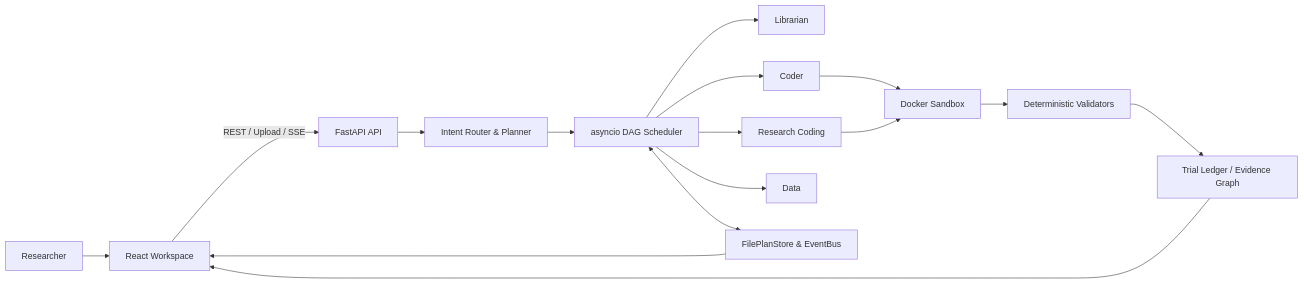
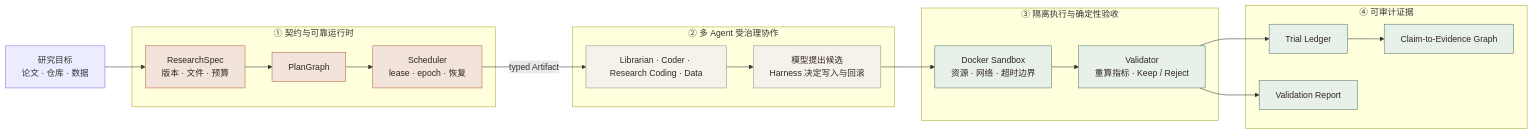
One commit to tutudouzi12/ReproPilot changed the diagram in README.md. Above: the diagram before and after it, drawn with Mermaid. The commit also changed other lines of this file and 2 other files, not shown here.

First line of the commit message:
优化中文 README 与动图展示 (#8)

````diff
--- a/README.md
+++ b/README.md
@@ -51,21 +69,40 @@
 ```mermaid
 flowchart LR
-    U[Researcher] --> W[React Workspace]
-    W -->|REST / Upload / SSE| API[FastAPI API]
-    API --> P[Intent Router & Planner]
-    P --> S[asyncio DAG Scheduler]
+    U[研究目标<br/>论文 · 仓库 · 数据] --> RS
 
-    S --> L[Librarian]
-    S --> C[Coder]
-    S --> R[Research Coding]
-    S --> D[Data]
+    subgraph A[① 契约与可靠运行时]
+        RS[ResearchSpec<br/>版本 · 文件 · 预算] --> PG[PlanGraph]
+        PG --> SCH[Scheduler<br/>lease · epoch · 恢复]
+    end
 
-    C --> X[Docker Sandbox]
-    R --> X
-    X --> V[Deterministic Validators]
-    V --> E[Trial Ledger / Evidence Graph]
+    subgraph B[② 多 Agent 受治理协作]
+        AG[Librarian · Coder · Research Coding · Data]
+        RC[模型提出候选<br/>Harness 决定写入与回滚]
+        AG --> RC
+    end
 
-    S <--> ST[FilePlanStore & EventBus]
-    ST --> W
-    E --> W
+    subgraph C[③ 隔离执行与确定性验收]
+        SB[Docker Sandbox<br/>资源 · 网络 · 超时边界]
+        VA[Validator<br/>重算指标 · Keep / Reject]
+        SB --> VA
+    end
+
+    subgraph D[④ 可审计证据]
+        TL[Trial Ledger]
+        VR[Validation Report]
+        CE[Claim-to-Evidence Graph]
+    end
+
+    SCH -->|typed Artifact| AG
+    RC --> SB
+    VA --> TL
+    VA --> VR
+    TL --> CE
+
+    classDef runtime fill:#f2e4da,stroke:#b8683e,color:#302821;
+    classDef agent fill:#f6f2eb,stroke:#9b8e84,color:#302821;
+    classDef verify fill:#e8f0ea,stroke:#537c62,color:#302821;
+    class RS,PG,SCH runtime;
+    class AG,RC agent;
+    class SB,VA,TL,VR,CE verify;
 ```
````
